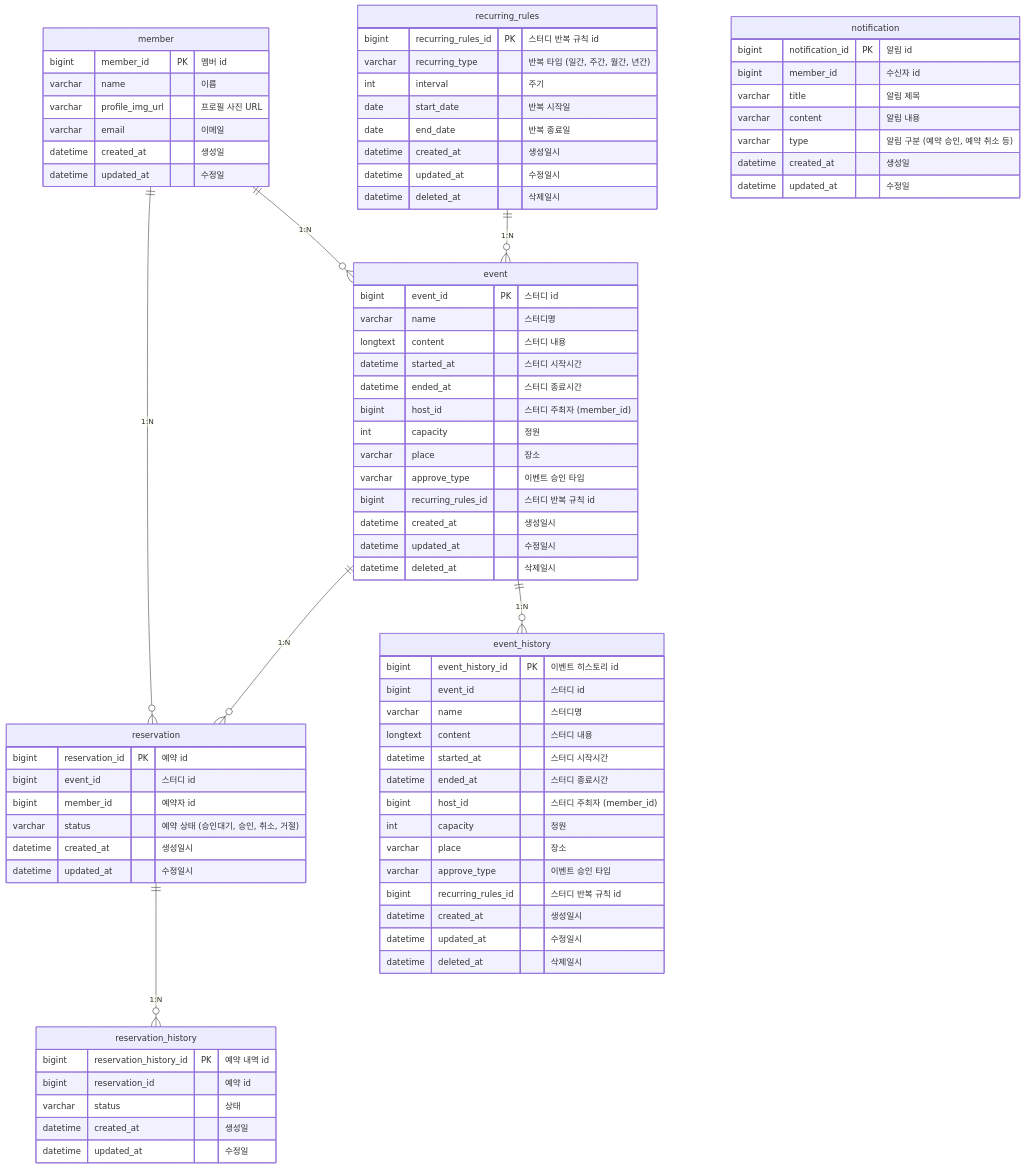
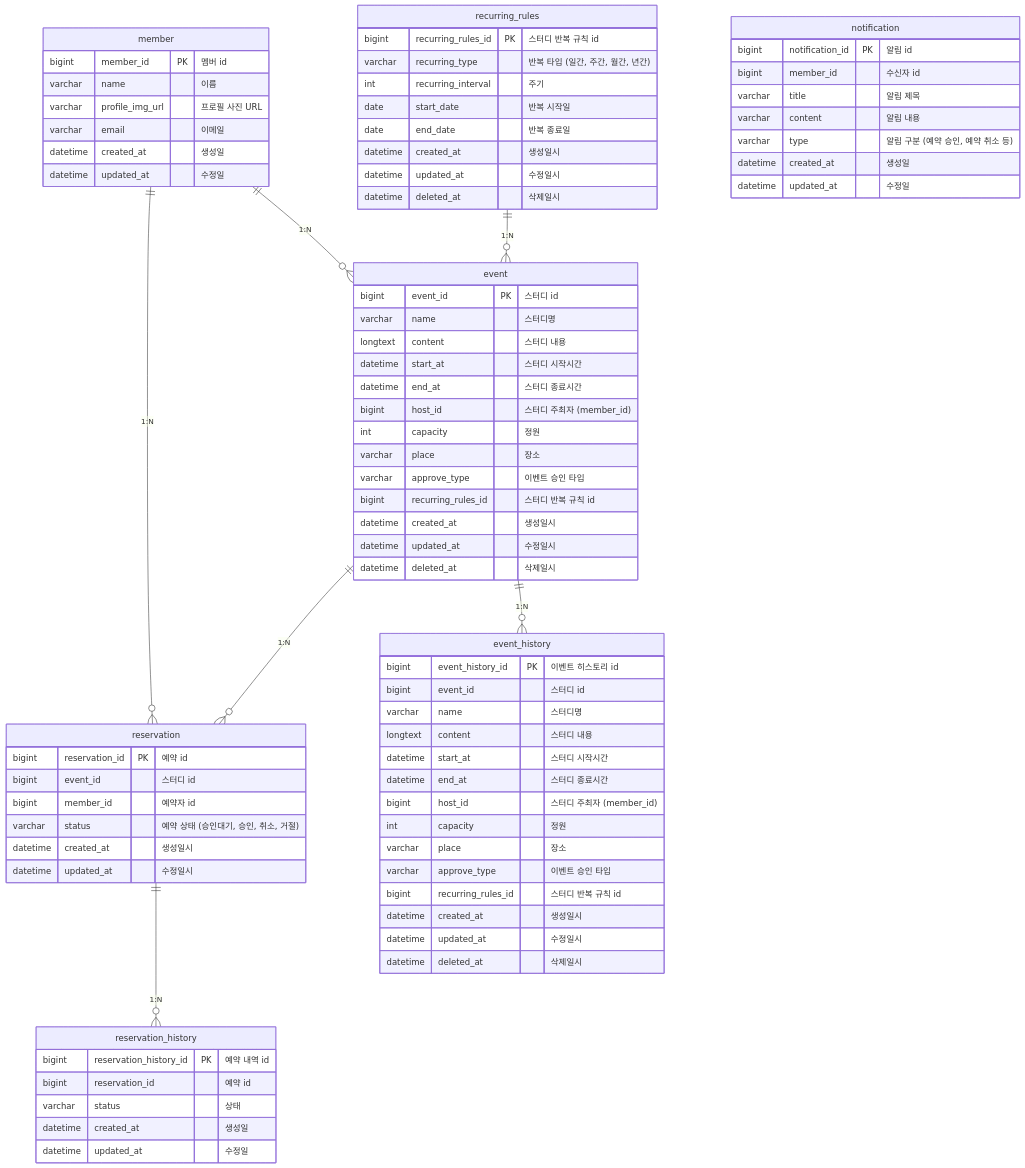
The diagram in docs/er-diagram.md (mozziroom/mozziroom-backend), drawn with Mermaid before and after one commit. The commit also changed 14 other files, not shown here.

```diff
--- a/docs/er-diagram.md
+++ b/docs/er-diagram.md
@@ -24,8 +24,8 @@
 	bigint event_id PK "스터디 id"
 	varchar name "스터디명"
 	longtext content "스터디 내용"
-	datetime started_at "스터디 시작시간"
-	datetime ended_at "스터디 종료시간"
+	datetime start_at "스터디 시작시간"
+	datetime end_at "스터디 종료시간"
 	bigint host_id "스터디 주최자 (member_id)"
 	int capacity "정원"
 	varchar place "장소"
@@ -42,8 +42,8 @@
 	bigint event_id "스터디 id"
 	varchar name "스터디명"
 	longtext content "스터디 내용"
-	datetime started_at "스터디 시작시간"
-	datetime ended_at "스터디 종료시간"
+	datetime start_at "스터디 시작시간"
+	datetime end_at "스터디 종료시간"
 	bigint host_id "스터디 주최자 (member_id)"
 	int capacity "정원"
 	varchar place "장소"
@@ -58,7 +58,7 @@
 recurring_rules {
 	bigint recurring_rules_id PK "스터디 반복 규칙 id"
 	varchar recurring_type "반복 타입 (일간, 주간, 월간, 년간)"
-	int interval "주기"
+	int recurring_interval "주기"
 	date start_date "반복 시작일"
 	date end_date "반복 종료일"
 	datetime created_at "생성일시"
```
